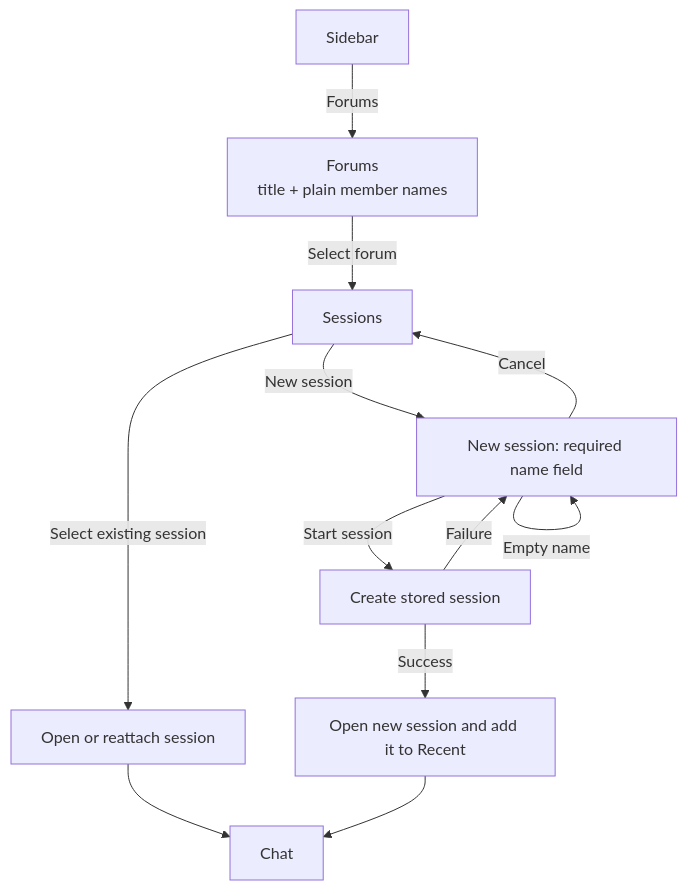
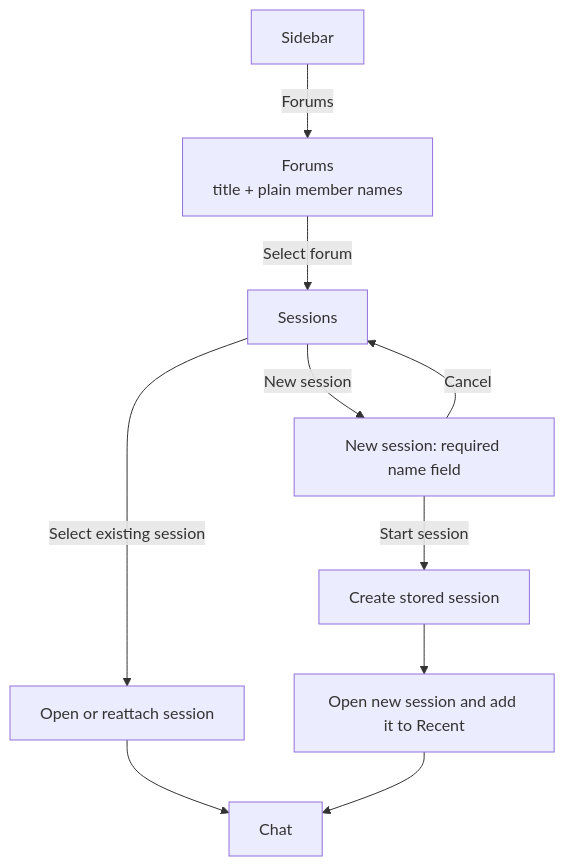
One commit to michaelpopov/cha changed the third of 5 diagrams in docs/web-ui/flows.md. Above: the diagram before and after it, drawn with Mermaid. The commit also changed other lines of this file and 19 other files, not shown here.

````diff
--- a/docs/web-ui/flows.md
+++ b/docs/web-ui/flows.md
@@ -35,14 +35,12 @@
 ```mermaid
 flowchart TD
     Sidebar["Sidebar"] -->|"Forums"| Forums["Forums<br/>title + plain member names"]
     Forums -->|"Select forum"| Sessions["Sessions"]
     Sessions -->|"Select existing session"| OpenExisting["Open or reattach session"]
     OpenExisting --> Chat["Chat"]
     Sessions -->|"New session"| Name["New session: required name field"]
     Name -->|"Cancel"| Sessions
-    Name -->|"Empty name"| Name
     Name -->|"Start session"| Create["Create stored session"]
-    Create -->|"Failure"| Name
-    Create -->|"Success"| OpenNew["Open new session and add it to Recent"]
+    Create --> OpenNew["Open new session and add it to Recent"]
     OpenNew --> Chat
 ```
````
